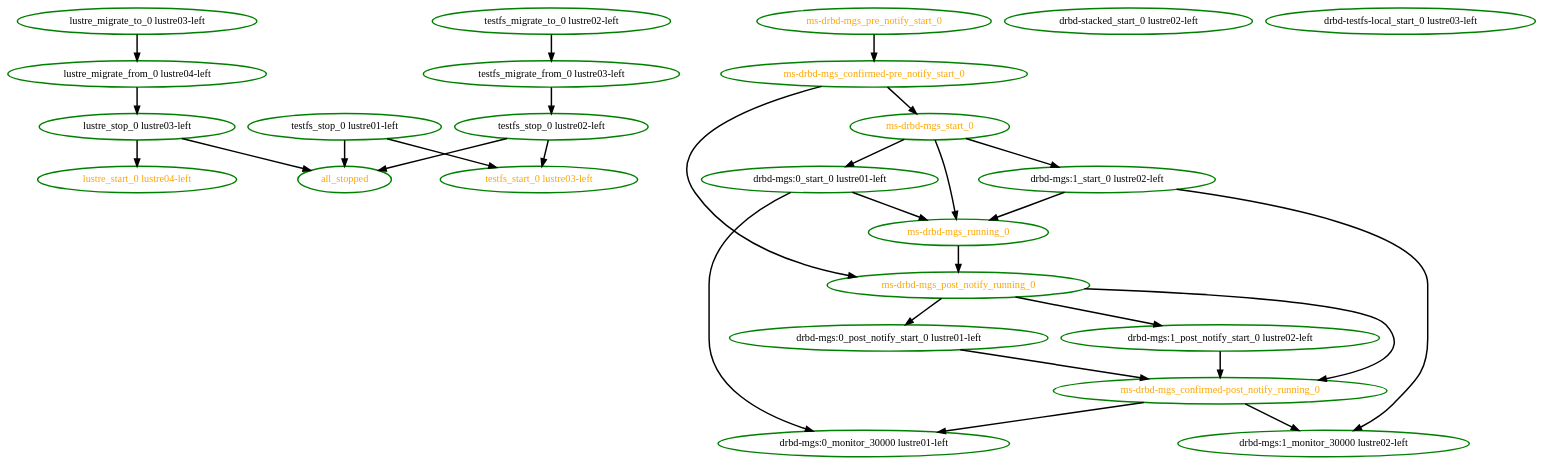
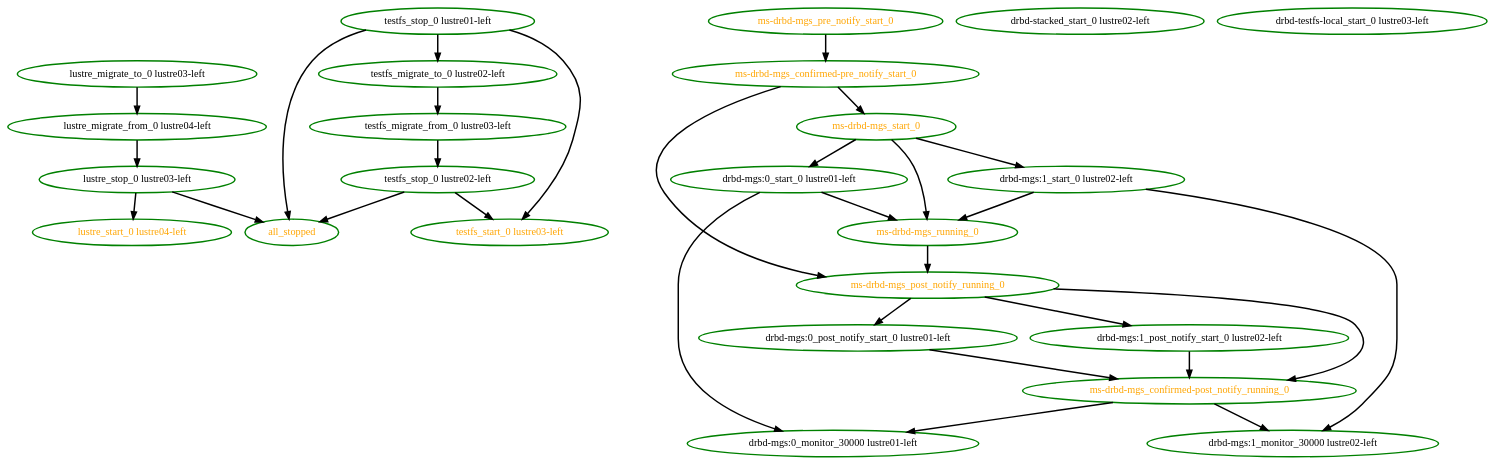
One commit to ClusterLabs/pacemaker changed the diagram in pengine/test10/migrate-partial-4.dot. Above: the diagram before and after it, drawn with Graphviz. The commit also changed 3 other files, not shown here.

```diff
--- a/pengine/test10/migrate-partial-4.dot
+++ b/pengine/test10/migrate-partial-4.dot
@@ -1,54 +1,55 @@
 digraph "g" {
 "all_stopped" [ style=bold color="green" fontcolor="orange"]
 "drbd-mgs:0_monitor_30000 lustre01-left" [ style=bold color="green" fontcolor="black"]
 "drbd-mgs:0_post_notify_start_0 lustre01-left" -> "ms-drbd-mgs_confirmed-post_notify_running_0" [ style = bold]
 "drbd-mgs:0_post_notify_start_0 lustre01-left" [ style=bold color="green" fontcolor="black"]
 "drbd-mgs:0_start_0 lustre01-left" -> "drbd-mgs:0_monitor_30000 lustre01-left" [ style = bold]
 "drbd-mgs:0_start_0 lustre01-left" -> "ms-drbd-mgs_running_0" [ style = bold]
 "drbd-mgs:0_start_0 lustre01-left" [ style=bold color="green" fontcolor="black"]
 "drbd-mgs:1_monitor_30000 lustre02-left" [ style=bold color="green" fontcolor="black"]
 "drbd-mgs:1_post_notify_start_0 lustre02-left" -> "ms-drbd-mgs_confirmed-post_notify_running_0" [ style = bold]
 "drbd-mgs:1_post_notify_start_0 lustre02-left" [ style=bold color="green" fontcolor="black"]
 "drbd-mgs:1_start_0 lustre02-left" -> "drbd-mgs:1_monitor_30000 lustre02-left" [ style = bold]
 "drbd-mgs:1_start_0 lustre02-left" -> "ms-drbd-mgs_running_0" [ style = bold]
 "drbd-mgs:1_start_0 lustre02-left" [ style=bold color="green" fontcolor="black"]
 "drbd-stacked_start_0 lustre02-left" [ style=bold color="green" fontcolor="black"]
 "drbd-testfs-local_start_0 lustre03-left" [ style=bold color="green" fontcolor="black"]
 "lustre_migrate_from_0 lustre04-left" -> "lustre_stop_0 lustre03-left" [ style = bold]
 "lustre_migrate_from_0 lustre04-left" [ style=bold color="green" fontcolor="black"]
 "lustre_migrate_to_0 lustre03-left" -> "lustre_migrate_from_0 lustre04-left" [ style = bold]
 "lustre_migrate_to_0 lustre03-left" [ style=bold color="green" fontcolor="black"]
 "lustre_start_0 lustre04-left" [ style=bold color="green" fontcolor="orange"]
 "lustre_stop_0 lustre03-left" -> "all_stopped" [ style = bold]
 "lustre_stop_0 lustre03-left" -> "lustre_start_0 lustre04-left" [ style = bold]
 "lustre_stop_0 lustre03-left" [ style=bold color="green" fontcolor="black"]
 "ms-drbd-mgs_confirmed-post_notify_running_0" -> "drbd-mgs:0_monitor_30000 lustre01-left" [ style = bold]
 "ms-drbd-mgs_confirmed-post_notify_running_0" -> "drbd-mgs:1_monitor_30000 lustre02-left" [ style = bold]
 "ms-drbd-mgs_confirmed-post_notify_running_0" [ style=bold color="green" fontcolor="orange"]
 "ms-drbd-mgs_confirmed-pre_notify_start_0" -> "ms-drbd-mgs_post_notify_running_0" [ style = bold]
 "ms-drbd-mgs_confirmed-pre_notify_start_0" -> "ms-drbd-mgs_start_0" [ style = bold]
 "ms-drbd-mgs_confirmed-pre_notify_start_0" [ style=bold color="green" fontcolor="orange"]
 "ms-drbd-mgs_post_notify_running_0" -> "drbd-mgs:0_post_notify_start_0 lustre01-left" [ style = bold]
 "ms-drbd-mgs_post_notify_running_0" -> "drbd-mgs:1_post_notify_start_0 lustre02-left" [ style = bold]
 "ms-drbd-mgs_post_notify_running_0" -> "ms-drbd-mgs_confirmed-post_notify_running_0" [ style = bold]
 "ms-drbd-mgs_post_notify_running_0" [ style=bold color="green" fontcolor="orange"]
 "ms-drbd-mgs_pre_notify_start_0" -> "ms-drbd-mgs_confirmed-pre_notify_start_0" [ style = bold]
 "ms-drbd-mgs_pre_notify_start_0" [ style=bold color="green" fontcolor="orange"]
 "ms-drbd-mgs_running_0" -> "ms-drbd-mgs_post_notify_running_0" [ style = bold]
 "ms-drbd-mgs_running_0" [ style=bold color="green" fontcolor="orange"]
 "ms-drbd-mgs_start_0" -> "drbd-mgs:0_start_0 lustre01-left" [ style = bold]
 "ms-drbd-mgs_start_0" -> "drbd-mgs:1_start_0 lustre02-left" [ style = bold]
 "ms-drbd-mgs_start_0" -> "ms-drbd-mgs_running_0" [ style = bold]
 "ms-drbd-mgs_start_0" [ style=bold color="green" fontcolor="orange"]
 "testfs_migrate_from_0 lustre03-left" -> "testfs_stop_0 lustre02-left" [ style = bold]
 "testfs_migrate_from_0 lustre03-left" [ style=bold color="green" fontcolor="black"]
 "testfs_migrate_to_0 lustre02-left" -> "testfs_migrate_from_0 lustre03-left" [ style = bold]
 "testfs_migrate_to_0 lustre02-left" [ style=bold color="green" fontcolor="black"]
 "testfs_start_0 lustre03-left" [ style=bold color="green" fontcolor="orange"]
 "testfs_stop_0 lustre01-left" -> "all_stopped" [ style = bold]
+"testfs_stop_0 lustre01-left" -> "testfs_migrate_to_0 lustre02-left" [ style = bold]
 "testfs_stop_0 lustre01-left" -> "testfs_start_0 lustre03-left" [ style = bold]
 "testfs_stop_0 lustre01-left" [ style=bold color="green" fontcolor="black"]
 "testfs_stop_0 lustre02-left" -> "all_stopped" [ style = bold]
 "testfs_stop_0 lustre02-left" -> "testfs_start_0 lustre03-left" [ style = bold]
 "testfs_stop_0 lustre02-left" [ style=bold color="green" fontcolor="black"]
 }
```
